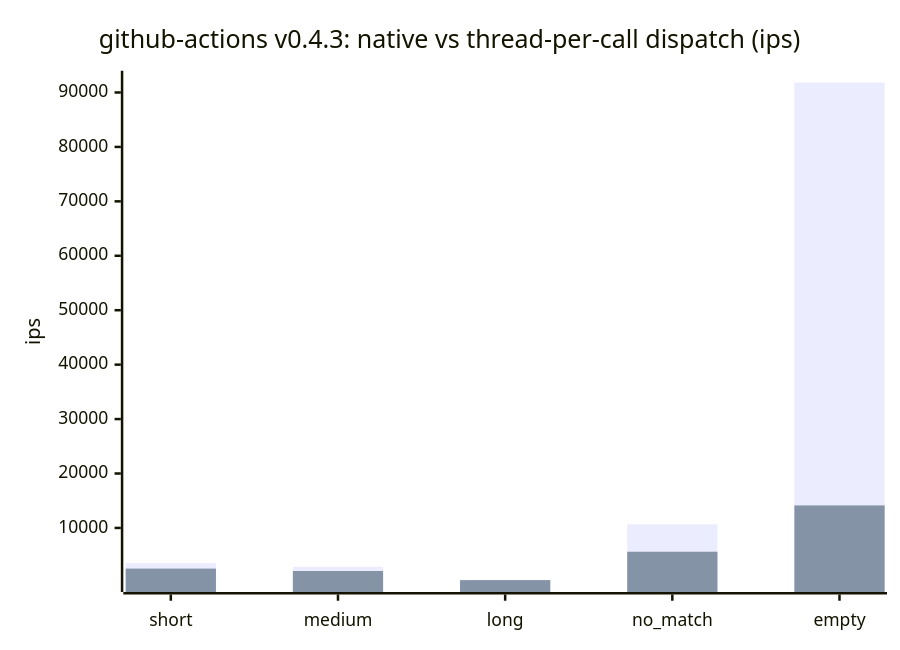
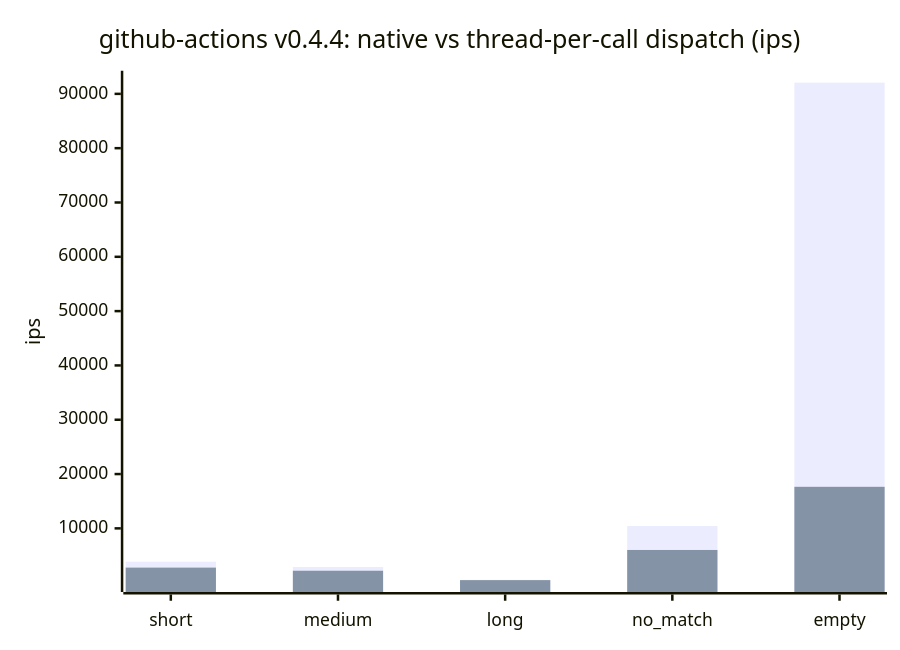
One commit to cpb/duckling changed the first of 7 diagrams in docs/benchmarks/README.md. Above: the diagram before and after it, drawn with Mermaid. The commit also changed other lines of this file and 1 other file, not shown here.

Commit message:
Record github-actions benchmark results for 0.4.4

````diff
--- a/docs/benchmarks/README.md
+++ b/docs/benchmarks/README.md
@@ -54,8 +54,8 @@
 ```mermaid
 xychart-beta
-    title "github-actions v0.4.3: native vs thread-per-call dispatch (ips)"
+    title "github-actions v0.4.4: native vs thread-per-call dispatch (ips)"
     x-axis [short, medium, long, no_match, empty]
     y-axis "ips"
-    bar "native" [3544.1, 2866.0, 474.0, 10665.1, 91811.9]
-    bar "thread-per-call" [2533.2, 2086.4, 411.8, 5630.9, 14135.3]
+    bar "native" [3867.1, 2892.4, 515.7, 10431.5, 92068.9]
+    bar "thread-per-call" [2773.6, 2198.8, 470.2, 6023.7, 17652.5]
 ```
````
